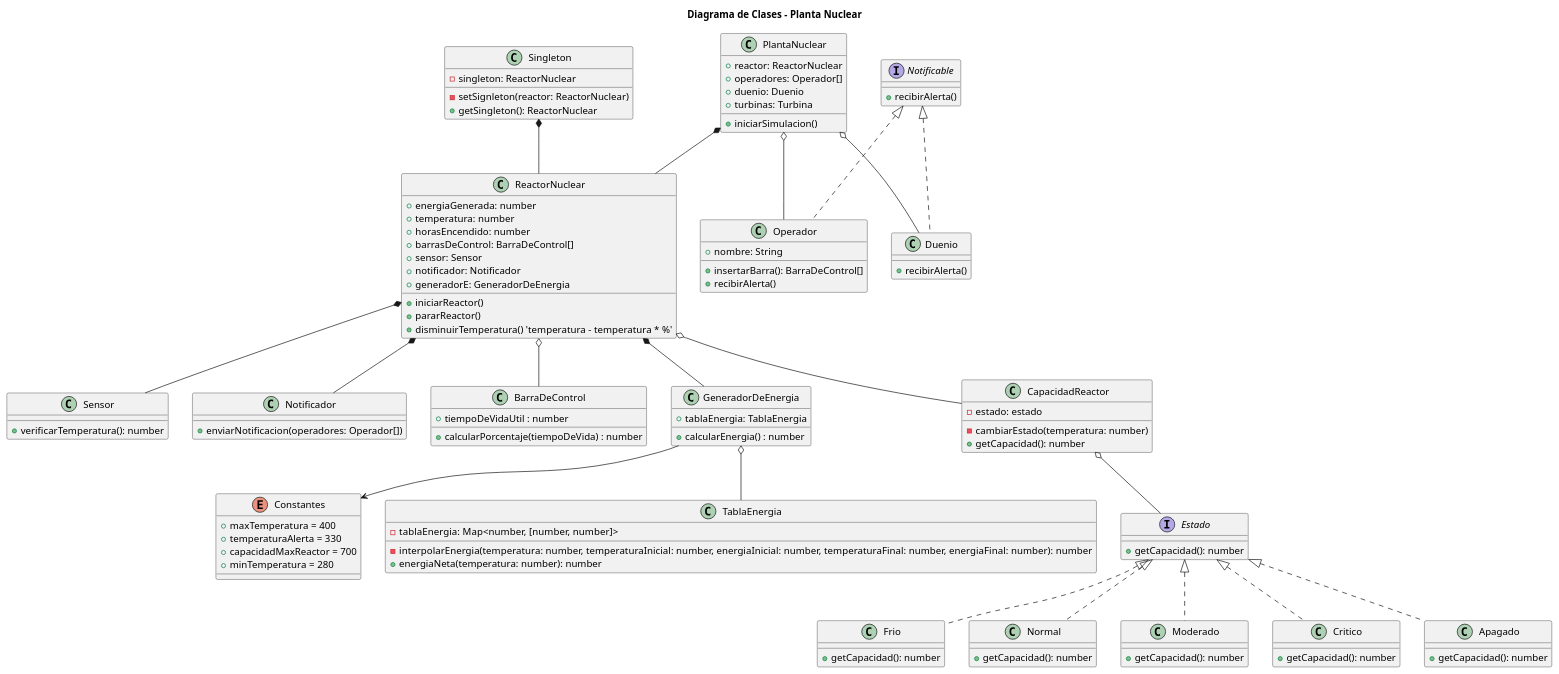
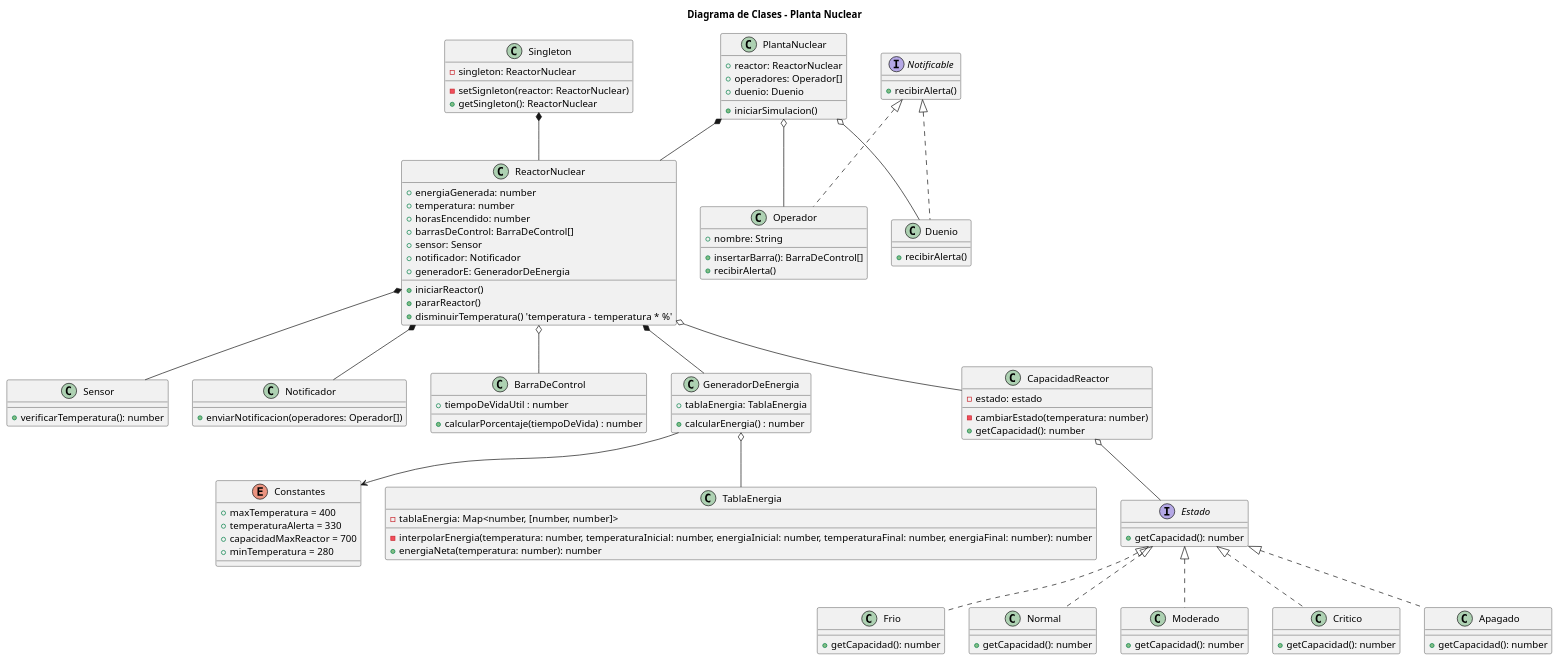
The diagram in src/diagramas/diagrama_de_clases_principal.puml (AndresRabbione/TPBackup), drawn with PlantUML before and after one commit.

Commit message:
Arreglando un ultimo problema con el diagrama de clases no encontrado

```diff
--- a/src/diagramas/diagrama_de_clases_principal.puml
+++ b/src/diagramas/diagrama_de_clases_principal.puml
@@ -1,140 +1,139 @@
 @startuml Planta Nuclear
 title Diagrama de Clases - Planta Nuclear
 
 class Singleton {
     - singleton: ReactorNuclear
 
     - setSignleton(reactor: ReactorNuclear)
     + getSingleton(): ReactorNuclear
 }
 
 interface Notificable {
     + recibirAlerta()
 }
 
 class Duenio implements Notificable {
     + recibirAlerta()
 }
 
 class Operador implements Notificable {
     + nombre: String
 
     + insertarBarra(): BarraDeControl[]
     + recibirAlerta()
 }
 
 'class RegistroDeInformacion {}
 
 class PlantaNuclear {
     + reactor: ReactorNuclear
     + operadores: Operador[]
     + duenio: Duenio
-    + turbinas: Turbina
 
     + iniciarSimulacion()
 }
 
 'singleton
 class ReactorNuclear {
     + energiaGenerada: number
     + temperatura: number
     + horasEncendido: number
     + barrasDeControl: BarraDeControl[]
     + sensor: Sensor
     + notificador: Notificador
     + generadorE: GeneradorDeEnergia
 
     + iniciarReactor()
     + pararReactor()
     + disminuirTemperatura() 'temperatura - temperatura * %'
 }
 
 class Sensor {
     + verificarTemperatura(): number
 }
 
 class Notificador {
     + enviarNotificacion(operadores: Operador[])
 }
 
 'operador.recibir(reactor)
 
 class BarraDeControl {
     + tiempoDeVidaUtil : number
     
     + calcularPorcentaje(tiempoDeVida) : number
 }
 
 class GeneradorDeEnergia {
     + tablaEnergia: TablaEnergia
     
     + calcularEnergia() : number
 }
 
 class TablaEnergia {
     - tablaEnergia: Map<number, [number, number]>
 
     - interpolarEnergia(temperatura: number, temperaturaInicial: number, energiaInicial: number, temperaturaFinal: number, energiaFinal: number): number
     + energiaNeta(temperatura: number): number
 }
 
 class CapacidadReactor {
     - estado: estado
 
     - cambiarEstado(temperatura: number)
     + getCapacidad(): number
 }
 
 Interface Estado {
     + getCapacidad(): number
 }
 
 class Frio implements Estado {
     + getCapacidad(): number
 }
 
 class Normal implements Estado {
     + getCapacidad(): number
 }
 
 class Moderado implements Estado {
     + getCapacidad(): number
 }
 
 class Critico implements Estado {
     + getCapacidad(): number
 }
 
 class Apagado implements Estado {
     + getCapacidad(): number
 }
 
 enum Constantes {
     + maxTemperatura = 400
     + temperaturaAlerta = 330
     + capacidadMaxReactor = 700
     + minTemperatura = 280
 }
 
 PlantaNuclear o-- Operador
 PlantaNuclear o-- Duenio
 PlantaNuclear *-- ReactorNuclear
 
 ReactorNuclear *-- Sensor
 ReactorNuclear *-- Notificador
 ReactorNuclear *-- GeneradorDeEnergia
 ReactorNuclear o-- BarraDeControl
 ReactorNuclear o-- CapacidadReactor
 
 CapacidadReactor o-- Estado
 
 GeneradorDeEnergia o-- TablaEnergia
 
 GeneradorDeEnergia --> Constantes
 
 Singleton *-- ReactorNuclear
 
 'Preguntas: ¿Como aumenta la temperatura del reactor? ¿Sola? ¿Lo simulamos?
 'Como delegamos las responsabilidades de los Operadores
 
 @enduml
```
